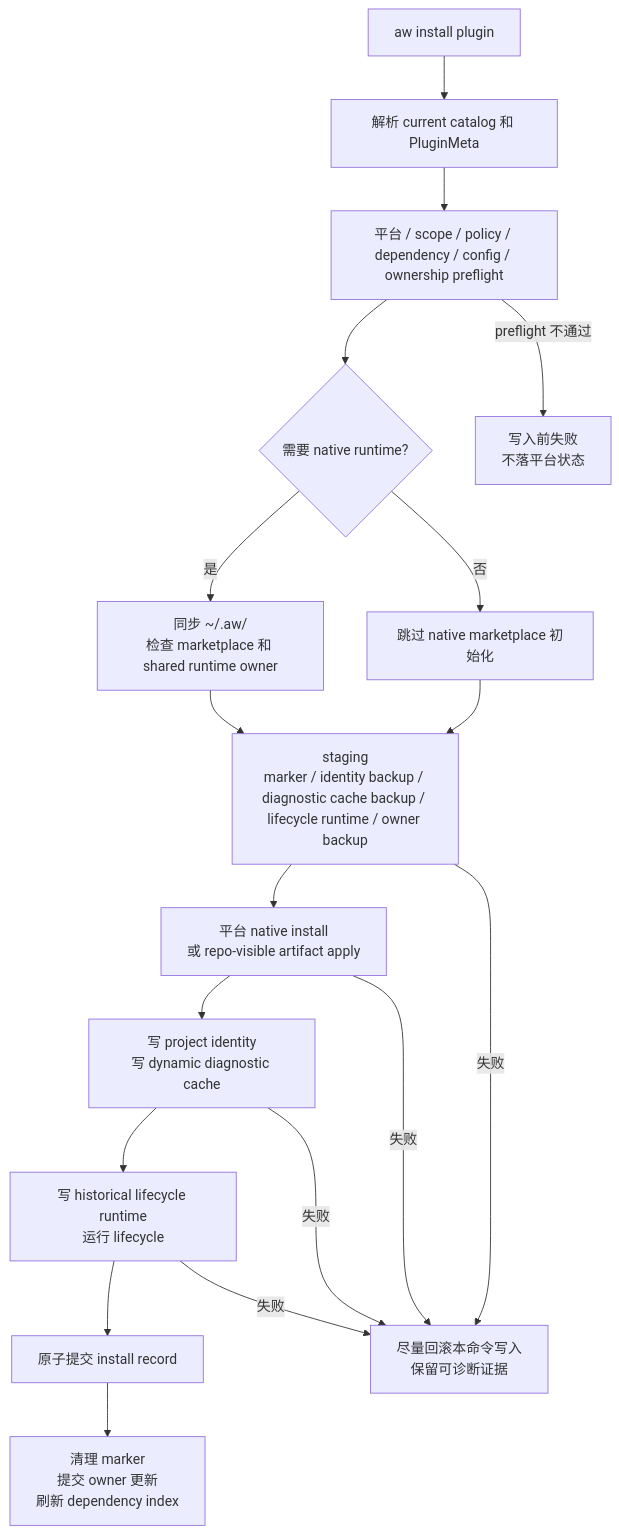
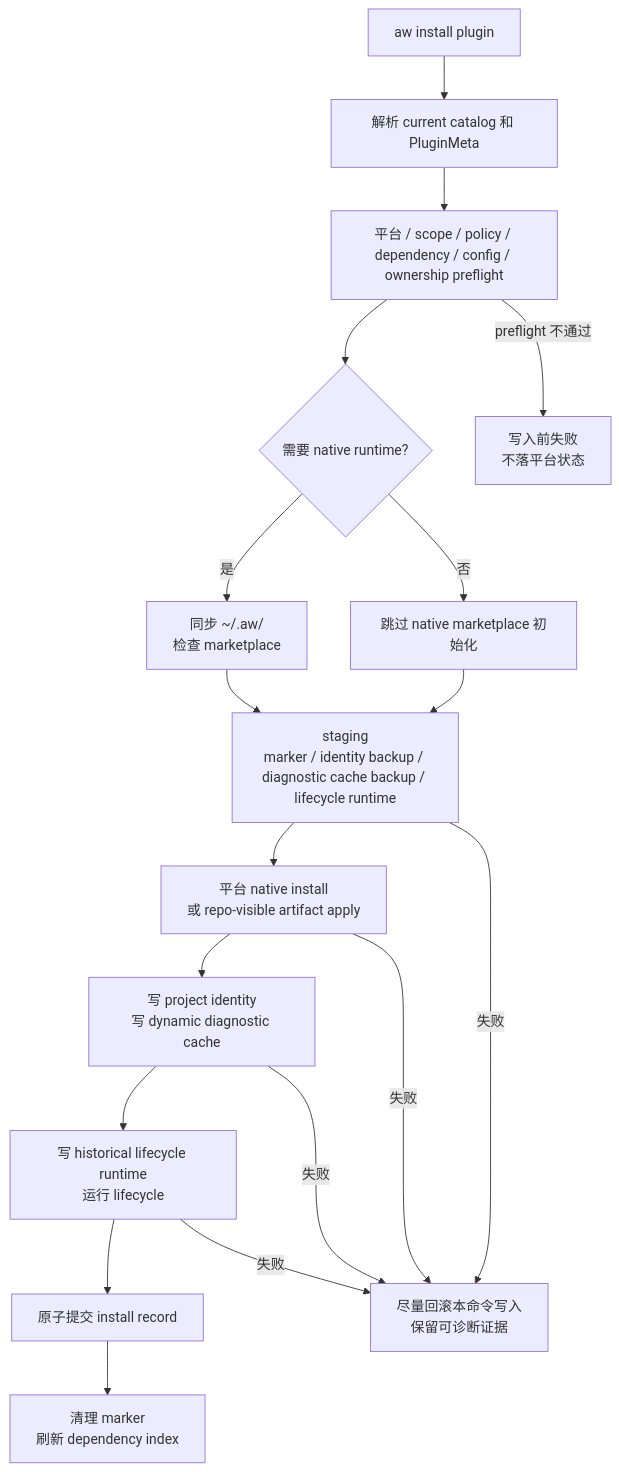
The second of 6 diagrams in docs/plugin-installation-technical-details.md (lesliechan721-arch/agent-workflow), drawn with Mermaid before and after one commit. The commit also changed other lines of this file and 159 other files, not shown here.

````diff
--- a/docs/plugin-installation-technical-details.md
+++ b/docs/plugin-installation-technical-details.md
@@ -217,27 +214,27 @@
 ```mermaid
 flowchart TD
   start["aw install plugin"]
   catalog["解析 current catalog 和 PluginMeta"]
   preflight["平台 / scope / policy / dependency / config / ownership preflight"]
   nativeNeed{"需要 native runtime?"}
-  marketplace["同步 ~/.aw/<br/>检查 marketplace 和 shared runtime owner"]
+  marketplace["同步 ~/.aw/<br/>检查 marketplace"]
   skipNative["跳过 native marketplace 初始化"]
-  staging["staging<br/>marker / identity backup / diagnostic cache backup / lifecycle runtime / owner backup"]
+  staging["staging<br/>marker / identity backup / diagnostic cache backup / lifecycle runtime"]
   apply["平台 native install<br/>或 repo-visible artifact apply"]
   identity["写 project identity<br/>写 dynamic diagnostic cache"]
   lifecycle["写 historical lifecycle runtime<br/>运行 lifecycle"]
   record["原子提交 install record"]
-  finish["清理 marker<br/>提交 owner 更新<br/>刷新 dependency index"]
+  finish["清理 marker<br/>刷新 dependency index"]
   earlyStop["写入前失败<br/>不落平台状态"]
   rollback["尽量回滚本命令写入<br/>保留可诊断证据"]
 
   start --> catalog --> preflight --> nativeNeed
   preflight -- "preflight 不通过" --> earlyStop
   nativeNeed -- "是" --> marketplace --> staging
   nativeNeed -- "否" --> skipNative --> staging
   staging --> apply --> identity --> lifecycle --> record --> finish
   staging -- "失败" --> rollback
   apply -- "失败" --> rollback
   identity -- "失败" --> rollback
   lifecycle -- "失败" --> rollback
 ```
````
